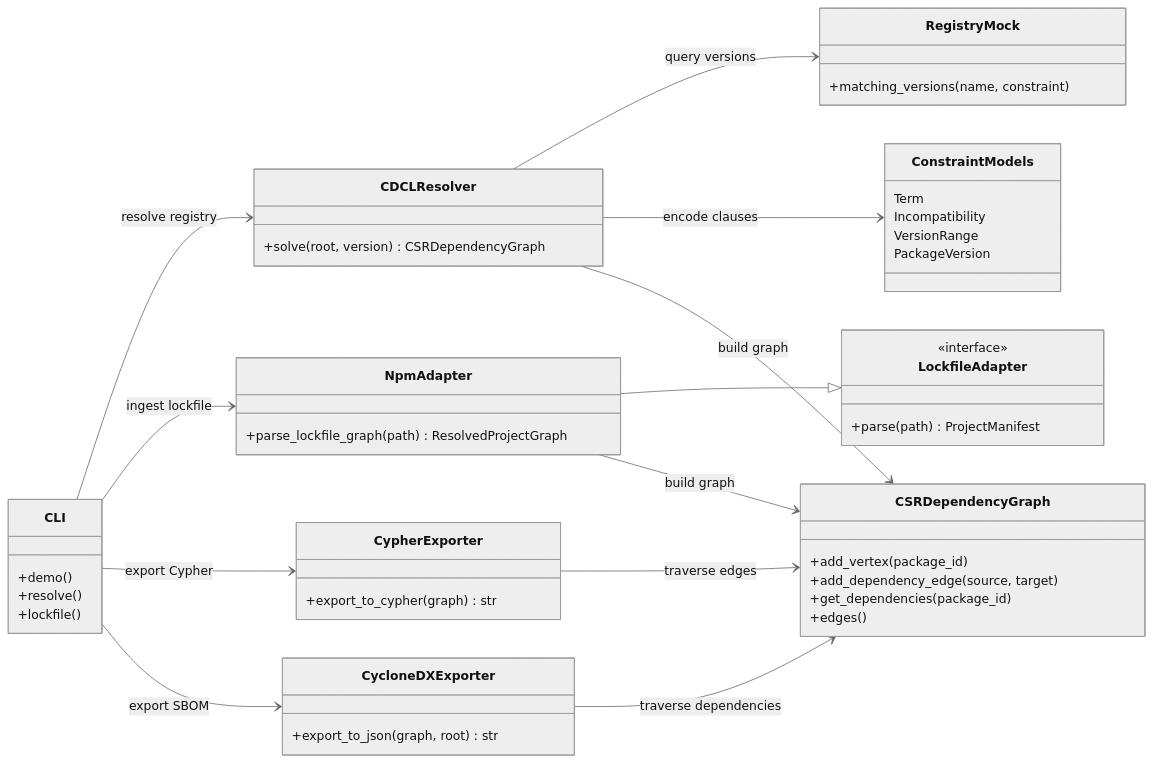
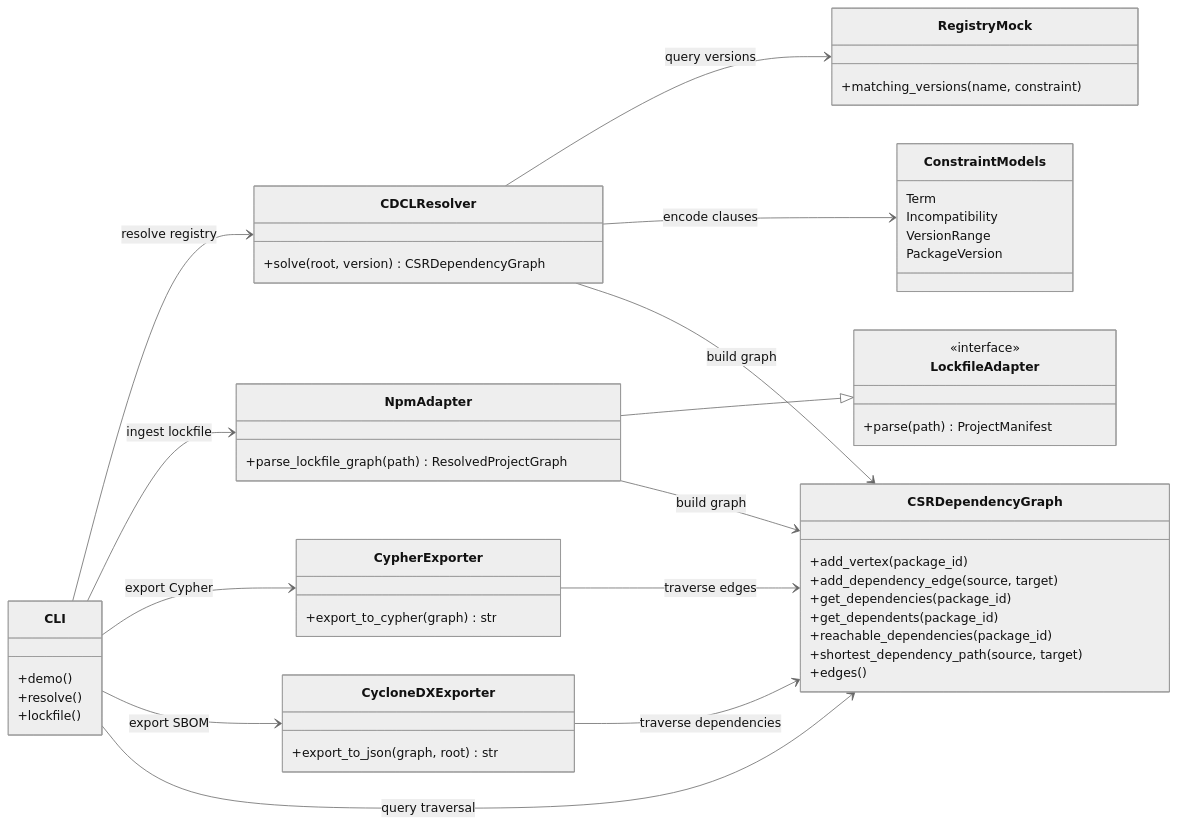
One commit to xsub/EnterpriseLinux-SoftwareSupplyChain changed the first of 2 diagrams in README.md. Above: the diagram before and after it, drawn with Mermaid (neutral theme). The commit also changed other lines of this file and 4 other files, not shown here.

Commit message:
Add CSR graph query operations

````diff
--- a/README.md
+++ b/README.md
@@ -59,51 +67,55 @@
 ```mermaid
 classDiagram
 direction LR
 class CLI {
   +demo()
   +resolve()
   +lockfile()
 }
 class LockfileAdapter {
   <<interface>>
   +parse(path) ProjectManifest
 }
 class NpmAdapter {
   +parse_lockfile_graph(path) ResolvedProjectGraph
 }
 class RegistryMock {
   +matching_versions(name, constraint)
 }
 class CDCLResolver {
   +solve(root, version) CSRDependencyGraph
 }
 class CSRDependencyGraph {
   +add_vertex(package_id)
   +add_dependency_edge(source, target)
   +get_dependencies(package_id)
+  +get_dependents(package_id)
+  +reachable_dependencies(package_id)
+  +shortest_dependency_path(source, target)
   +edges()
 }
 class CypherExporter {
   +export_to_cypher(graph) str
 }
 class CycloneDXExporter {
   +export_to_json(graph, root) str
 }
 class ConstraintModels {
   Term
   Incompatibility
   VersionRange
   PackageVersion
 }
 CLI --> CDCLResolver : resolve registry
 CLI --> NpmAdapter : ingest lockfile
 NpmAdapter --|> LockfileAdapter
 CDCLResolver --> RegistryMock : query versions
 CDCLResolver --> ConstraintModels : encode clauses
 CDCLResolver --> CSRDependencyGraph : build graph
 NpmAdapter --> CSRDependencyGraph : build graph
 CLI --> CypherExporter : export Cypher
 CLI --> CycloneDXExporter : export SBOM
+CLI --> CSRDependencyGraph : query traversal
 CypherExporter --> CSRDependencyGraph : traverse edges
 CycloneDXExporter --> CSRDependencyGraph : traverse dependencies
 ```
````
